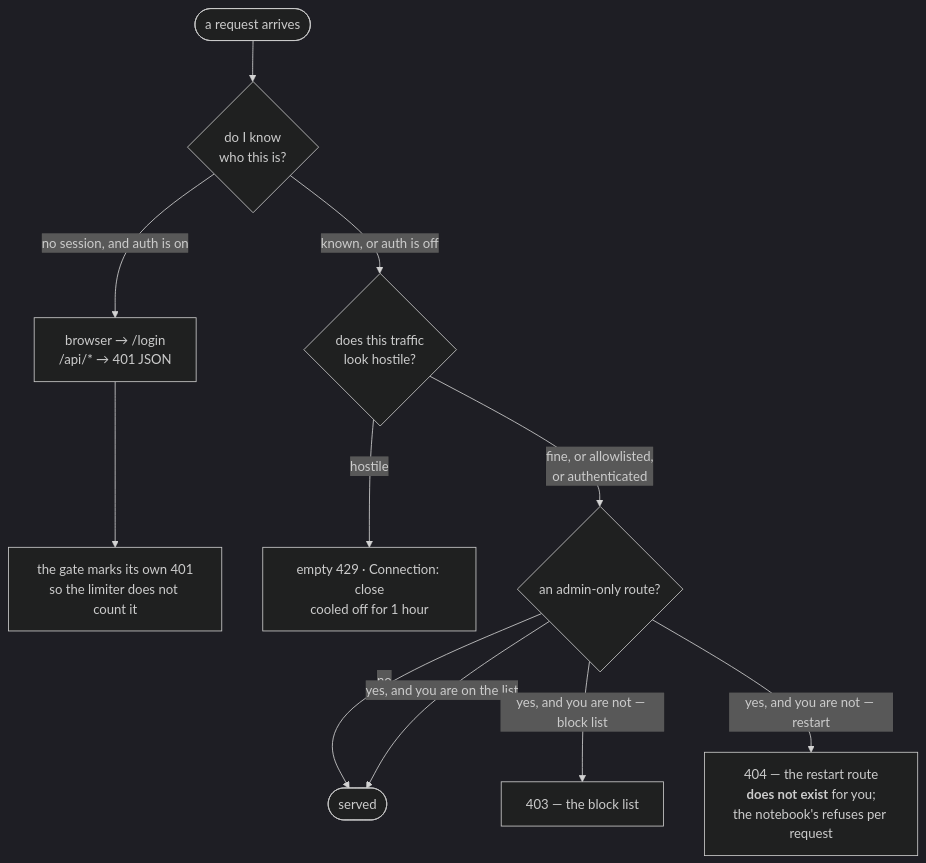
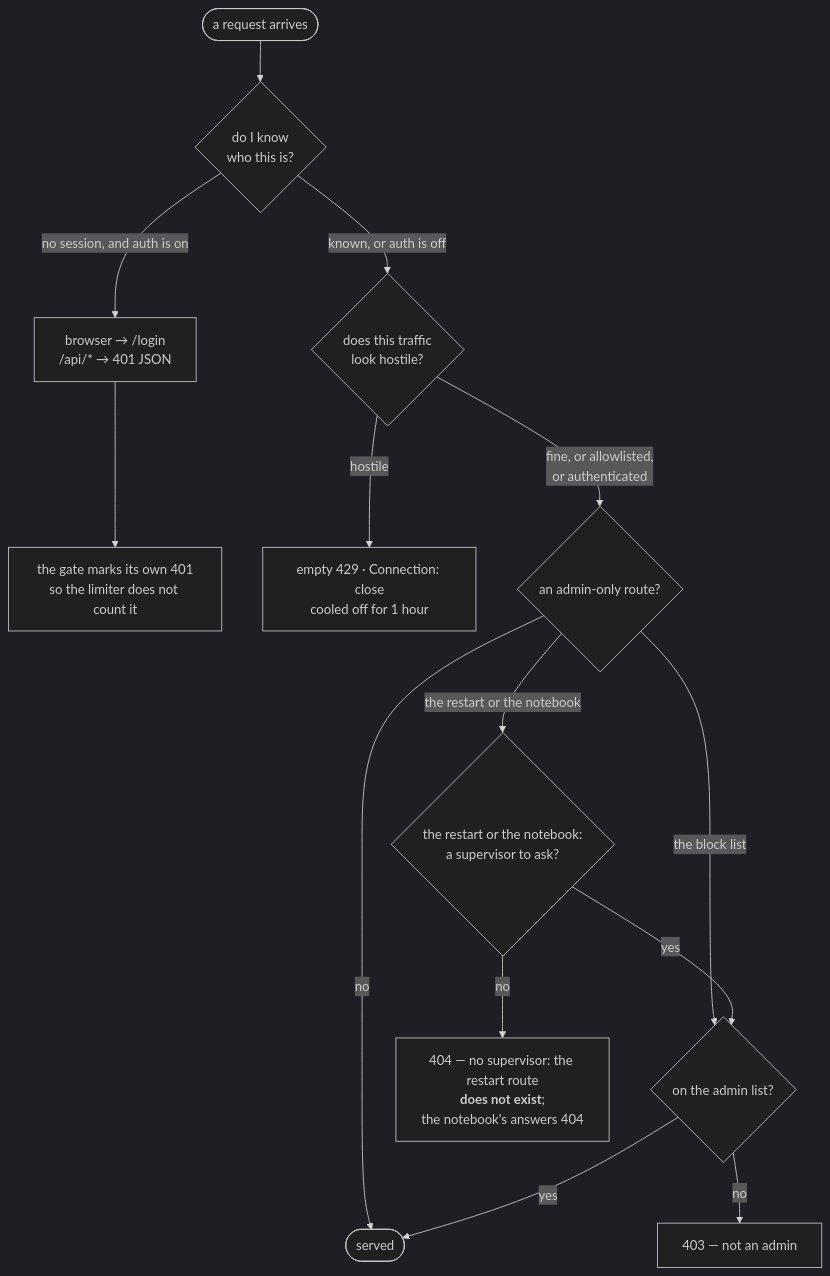
The diagram in docs/ops/access-control.md (Qing-LAB/molbuilder), drawn with Mermaid (dark theme) before and after one commit. The commit also changed other lines of this file and 53 other files, not shown here.

````diff
--- a/docs/ops/access-control.md
+++ b/docs/ops/access-control.md
@@ -144,23 +147,28 @@
 ```mermaid
 flowchart TB
     R(["a request arrives"])
     A{"do I know<br/>who this is?"}
     LOGIN["browser → /login<br/>/api/* → 401 JSON"]
     SKIP["the gate marks its own 401<br/>so the limiter does not count it"]
     L{"does this traffic<br/>look hostile?"}
     B["empty 429 · Connection: close<br/>cooled off for 1 hour"]
     ADM{"an admin-only route?"}
-    A403["403 — the block list"]
-    A404["404 — the restart route<br/><b>does not exist</b> for you;<br/>the notebook's refuses per request"]
+    SUP{"the restart or the notebook:<br/>a supervisor to ask?"}
+    LIST{"on the admin list?"}
+    A403["403 — not an admin"]
+    A404["404 — no supervisor: the restart route<br/><b>does not exist</b>;<br/>the notebook's answers 404"]
     OK(["served"])
 
     R --> A
     A -->|"no session, and auth is on"| LOGIN --> SKIP
     A -->|"known, or auth is off"| L
     L -->|"hostile"| B
     L -->|"fine, or allowlisted,<br/>or authenticated"| ADM
     ADM -->|"no"| OK
-    ADM -->|"yes, and you are on the list"| OK
-    ADM -->|"yes, and you are not — block list"| A403
-    ADM -->|"yes, and you are not — restart"| A404
+    ADM -->|"the block list"| LIST
+    ADM -->|"the restart or the notebook"| SUP
+    SUP -->|"no"| A404
+    SUP -->|"yes"| LIST
+    LIST -->|"yes"| OK
+    LIST -->|"no"| A403
 ```
````
